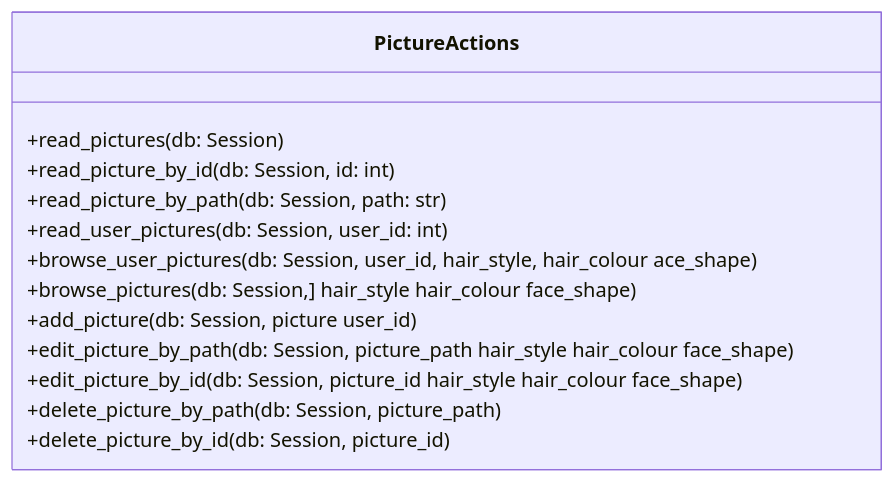
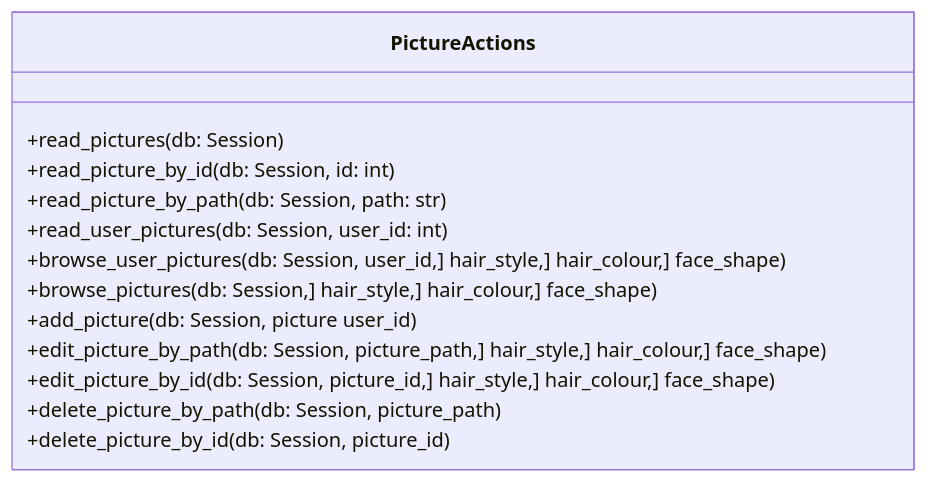
One commit to HairdressingProject/styleme changed the third of 3 diagrams in Backend/PicturesAPI/design.md. Above: the diagram before and after it, drawn with Mermaid. The commit also changed other lines of this file, not shown here.

Commit message:
updated class diagrams

````diff
--- a/Backend/PicturesAPI/design.md
+++ b/Backend/PicturesAPI/design.md
@@ -97,16 +97,16 @@
 ```mermaid
 classDiagram
       class PictureActions{
           +read_pictures(db: Session)
           +read_picture_by_id(db: Session, id: int)
           +read_picture_by_path(db: Session, path: str)
           +read_user_pictures(db: Session, user_id: int)
-          +browse_user_pictures(db: Session, user_id, hair_style, hair_colour ace_shape)
-          +browse_pictures(db: Session,] hair_style hair_colour face_shape)
+          +browse_user_pictures(db: Session, user_id,] hair_style,] hair_colour,] face_shape)
+          +browse_pictures(db: Session,] hair_style,] hair_colour,] face_shape)
           +add_picture(db: Session, picture user_id)
-          +edit_picture_by_path(db: Session, picture_path hair_style hair_colour face_shape)
-          +edit_picture_by_id(db: Session, picture_id hair_style hair_colour face_shape)
+          +edit_picture_by_path(db: Session, picture_path,] hair_style,] hair_colour,] face_shape)
+          +edit_picture_by_id(db: Session, picture_id,] hair_style,] hair_colour,] face_shape)
           +delete_picture_by_path(db: Session, picture_path)
           +delete_picture_by_id(db: Session, picture_id)
       }
 ```
````
